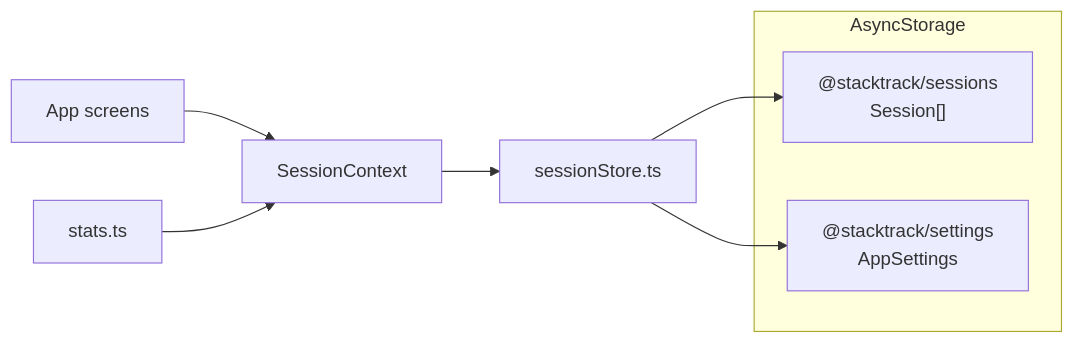
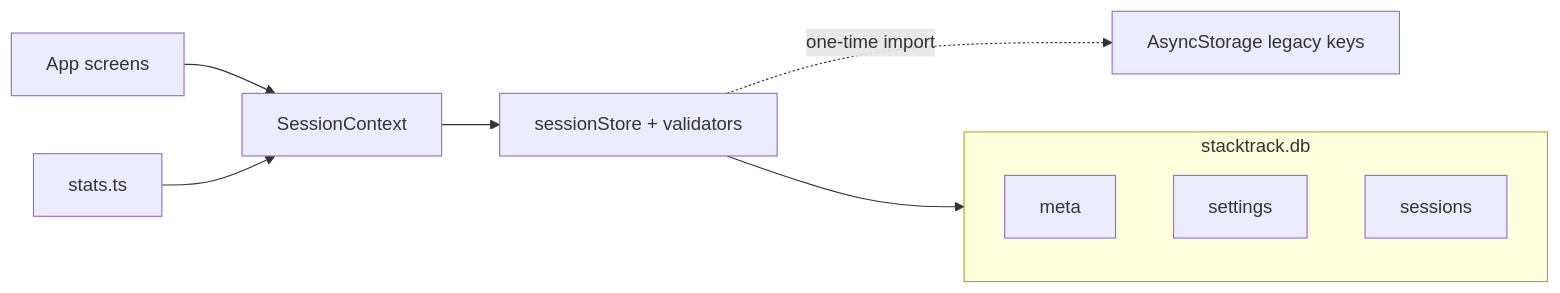
One commit to Trevor5008/StackTrack changed the second of 2 diagrams in docs/schema.md. Above: the diagram before and after it, drawn with Mermaid. The commit also changed other lines of this file and 20 other files, not shown here.

Commit message:
feat: move local persistence to expo-sqllite Replace AsyncStorage envelopes w/ a validated SQLLite store Migrate legacy data once, add demo/clear controls plus web-safe confirms. Updated docs to use shields, added TOC and Technologies sections

````diff
--- a/docs/schema.md
+++ b/docs/schema.md
@@ -112,13 +146,14 @@
 ```mermaid
 flowchart LR
-  subgraph AsyncStorage
-    S["@stacktrack/sessions\nSession[]"]
-    P["@stacktrack/settings\nAppSettings"]
+  subgraph SQLite["stacktrack.db"]
+    Meta[meta]
+    SettingsTbl[settings]
+    SessionsTbl[sessions]
   end
 
-  Store[sessionStore.ts] --> S
-  Store --> P
+  Store["sessionStore + validators"] --> SQLite
+  Store -.->|"one-time import"| Legacy[AsyncStorage legacy keys]
   Context[SessionContext] --> Store
   Screens[App screens] --> Context
   Stats[stats.ts] --> Context
 ```
````
